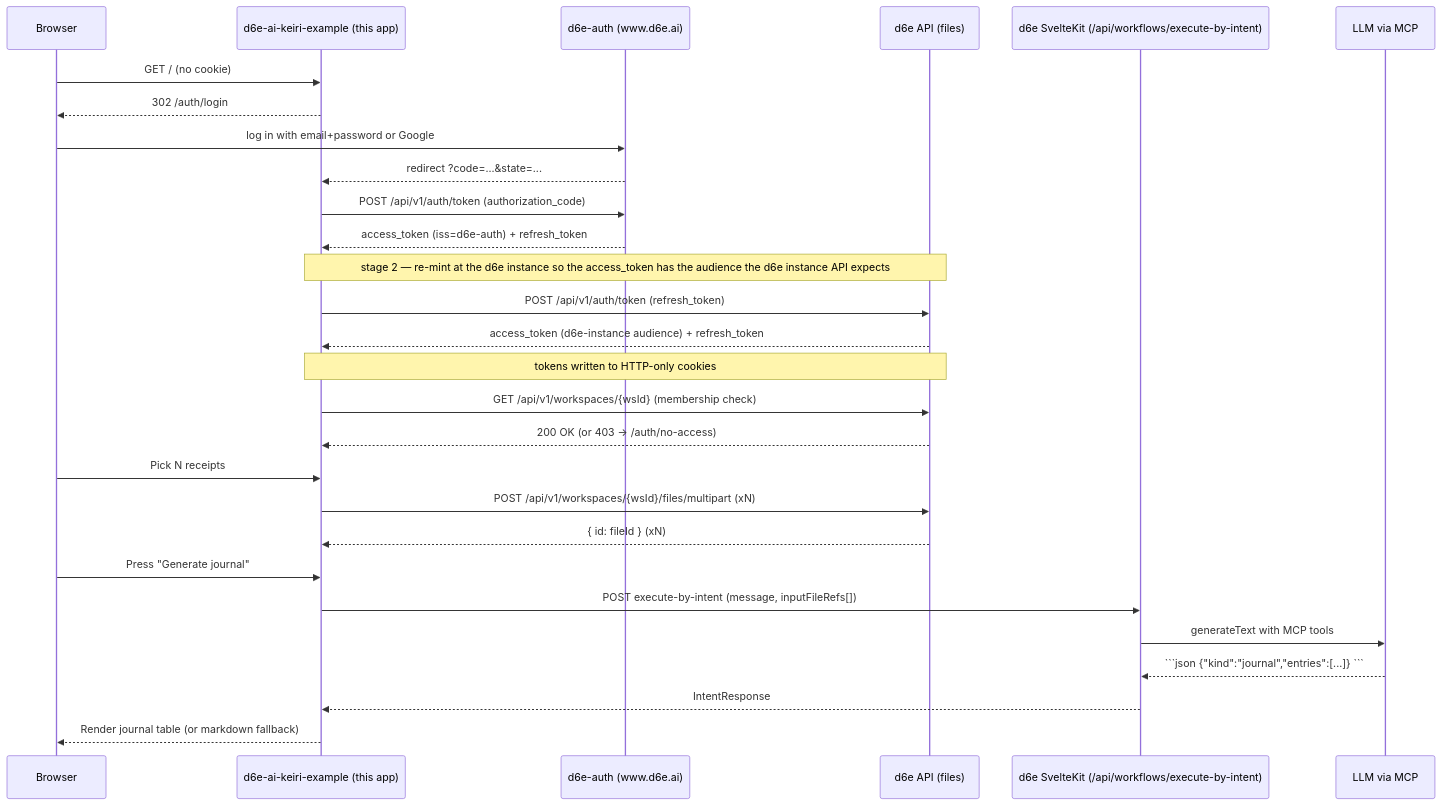
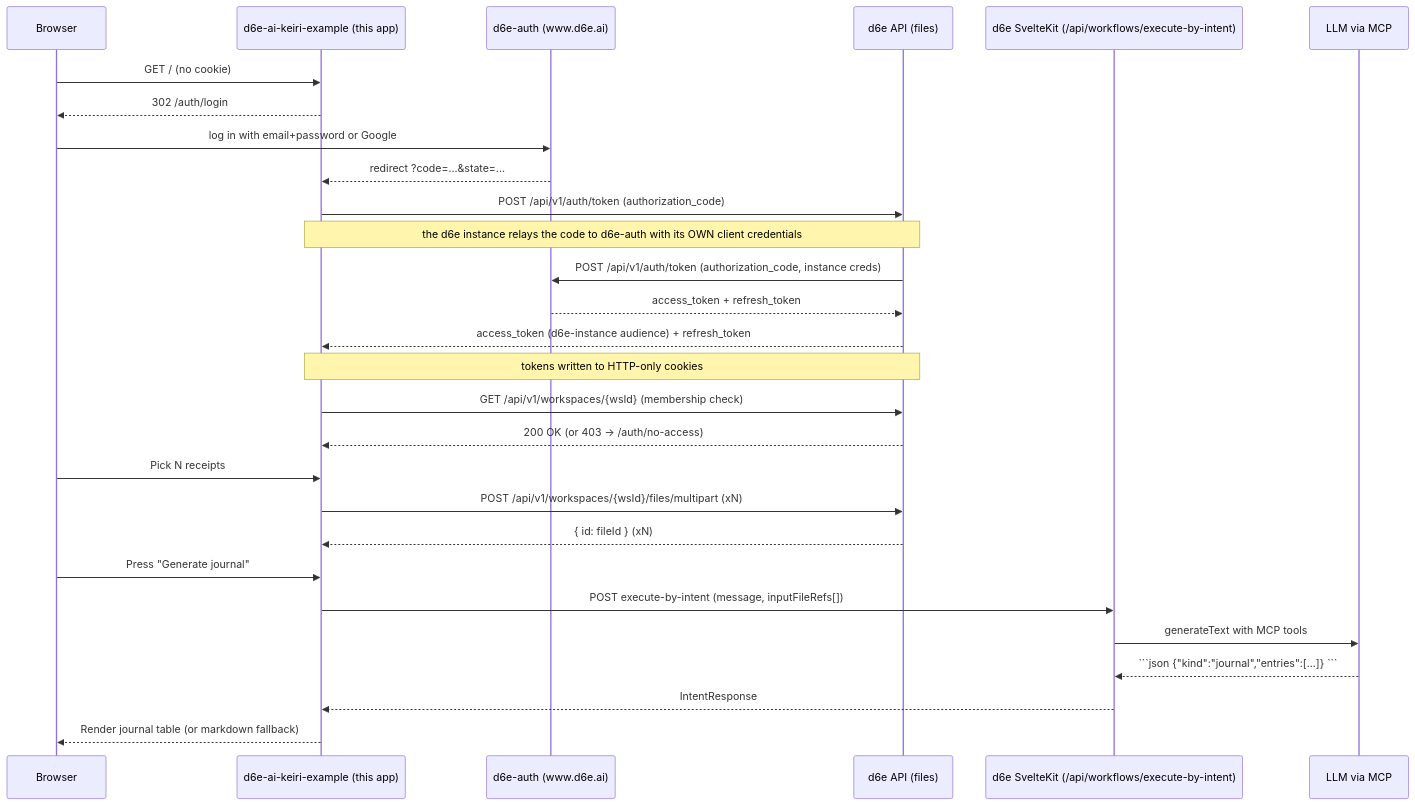
Before and after one commit to d6e-ai/d6e-ai-keiri-example: the diagram in README.md, drawn with Mermaid. The commit also changed other lines of this file and 12 other files, not shown here.

First line of the commit message:
Switch end-user login to instance-brokered token exchange

`````diff
--- a/README.md
+++ b/README.md
@@ -16,32 +16,32 @@
 ````mermaid
 sequenceDiagram
     participant User as Browser
     participant App as d6e-ai-keiri-example (this app)
     participant Auth as d6e-auth (www.d6e.ai)
     participant Files as d6e API (files)
     participant Intent as d6e SvelteKit (/api/workflows/execute-by-intent)
     participant LLM as LLM via MCP
 
     User->>App: GET / (no cookie)
     App-->>User: 302 /auth/login
     User->>Auth: log in with email+password or Google
     Auth-->>App: redirect ?code=...&state=...
-    App->>Auth: POST /api/v1/auth/token (authorization_code)
-    Auth-->>App: access_token (iss=d6e-auth) + refresh_token
-    Note over App,Files: stage 2 — re-mint at the d6e instance so the access_token has the audience the d6e instance API expects
-    App->>Files: POST /api/v1/auth/token (refresh_token)
+    App->>Files: POST /api/v1/auth/token (authorization_code)
+    Note over App,Files: the d6e instance relays the code to d6e-auth with its OWN client credentials
+    Files->>Auth: POST /api/v1/auth/token (authorization_code, instance creds)
+    Auth-->>Files: access_token + refresh_token
     Files-->>App: access_token (d6e-instance audience) + refresh_token
     Note over App,Files: tokens written to HTTP-only cookies
     App->>Files: GET /api/v1/workspaces/{wsId} (membership check)
     Files-->>App: 200 OK (or 403 -> /auth/no-access)
 
     User->>App: Pick N receipts
     App->>Files: POST /api/v1/workspaces/{wsId}/files/multipart (xN)
     Files-->>App: { id: fileId } (xN)
     User->>App: Press "Generate journal"
     App->>Intent: POST execute-by-intent (message, inputFileRefs[])
     Intent->>LLM: generateText with MCP tools
     LLM-->>Intent: ```json {"kind":"journal","entries":[...]} ```
     Intent-->>App: IntentResponse
     App-->>User: Render journal table (or markdown fallback)
 ````
`````
